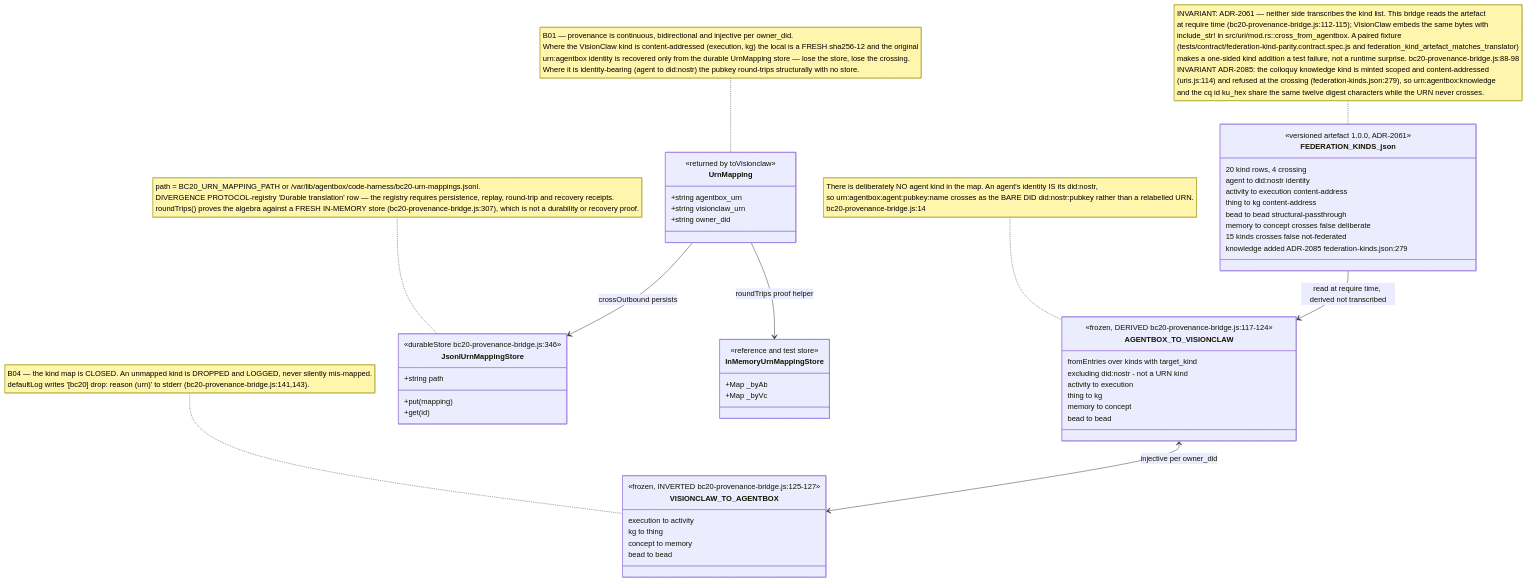
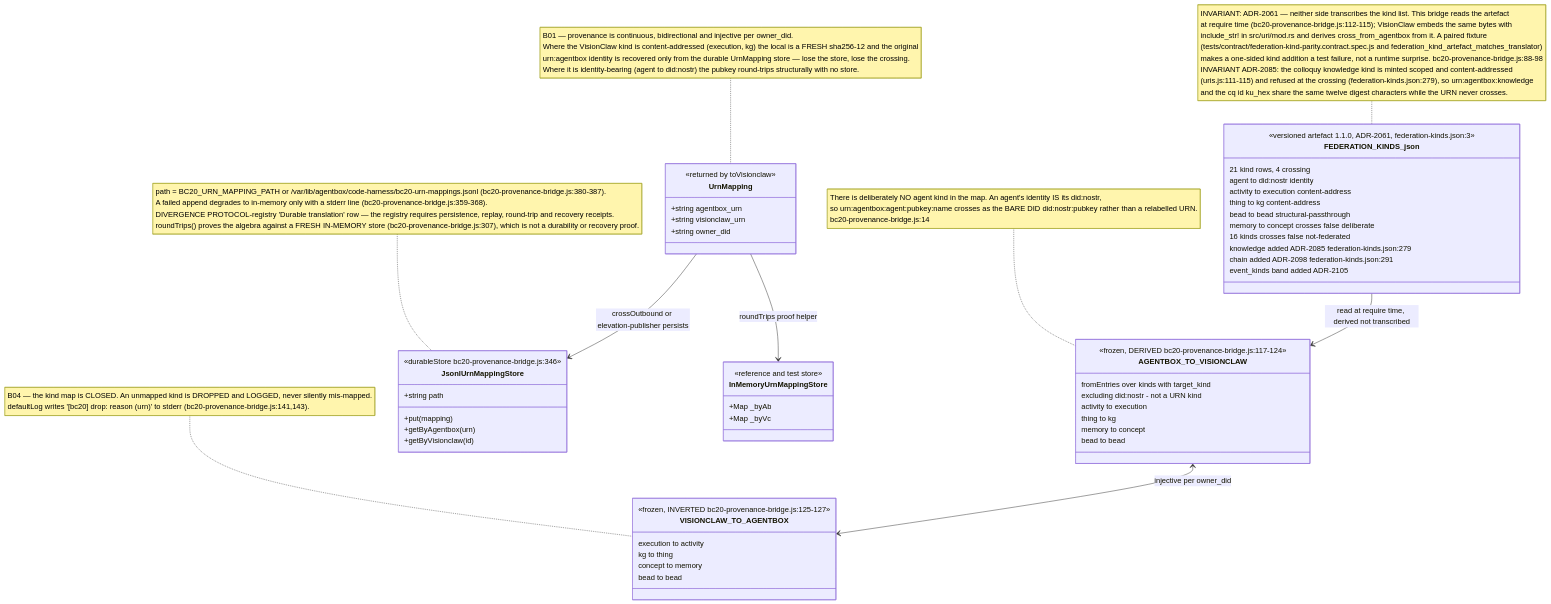
Before and after one commit to DreamLab-AI/VisionFlow: the third of 8 diagrams in docs/diagrams/agentbox/17-agent-events-and-provenance-bridge.md, drawn with Mermaid. The commit also changed other lines of this file and 173 other files, not shown here.

First line of the commit message:
docs(audit): estate audit wave 3, agentbox and VisionClaw; ledger complete

````diff
--- a/docs/diagrams/agentbox/17-agent-events-and-provenance-bridge.md
+++ b/docs/diagrams/agentbox/17-agent-events-and-provenance-bridge.md
@@ -151,56 +165,59 @@
 ```mermaid
 classDiagram
     class FEDERATION_KINDS_json {
-        <<versioned artefact 1.0.0, ADR-2061>>
-        20 kind rows, 4 crossing
+        <<versioned artefact 1.1.0, ADR-2061, federation-kinds.json:3>>
+        21 kind rows, 4 crossing
         agent to did:nostr identity
         activity to execution content-address
         thing to kg content-address
         bead to bead structural-passthrough
         memory to concept crosses false deliberate
-        15 kinds crosses false not-federated
+        16 kinds crosses false not-federated
         knowledge added ADR-2085 federation-kinds.json:279
+        chain added ADR-2098 federation-kinds.json:291
+        event_kinds band added ADR-2105
     }
     class AGENTBOX_TO_VISIONCLAW {
         <<frozen, DERIVED bc20-provenance-bridge.js:117-124>>
         fromEntries over kinds with target_kind
         excluding did:nostr - not a URN kind
         activity to execution
         thing to kg
         memory to concept
         bead to bead
     }
     class VISIONCLAW_TO_AGENTBOX {
         <<frozen, INVERTED bc20-provenance-bridge.js:125-127>>
         execution to activity
         kg to thing
         concept to memory
         bead to bead
     }
     class UrnMapping {
         <<returned by toVisionclaw>>
         +string agentbox_urn
         +string visionclaw_urn
         +string owner_did
     }
     class JsonlUrnMappingStore {
         <<durableStore bc20-provenance-bridge.js:346>>
         +string path
         +put(mapping)
-        +get(id)
+        +getByAgentbox(urn)
+        +getByVisionclaw(id)
     }
     class InMemoryUrnMappingStore {
         <<reference and test store>>
         +Map _byAb
         +Map _byVc
     }
     FEDERATION_KINDS_json --> AGENTBOX_TO_VISIONCLAW : read at require time, derived not transcribed
     AGENTBOX_TO_VISIONCLAW <--> VISIONCLAW_TO_AGENTBOX : injective per owner_did
-    UrnMapping --> JsonlUrnMappingStore : crossOutbound persists
+    UrnMapping --> JsonlUrnMappingStore : crossOutbound or elevation-publisher persists
     UrnMapping --> InMemoryUrnMappingStore : roundTrips proof helper
     note for AGENTBOX_TO_VISIONCLAW "There is deliberately NO agent kind in the map. An agent's identity IS its did:nostr,<br/>so urn:agentbox:agent:pubkey:name crosses as the BARE DID did:nostr:pubkey rather than a relabelled URN.<br/>bc20-provenance-bridge.js:14"
-    note for FEDERATION_KINDS_json "INVARIANT: ADR-2061 — neither side transcribes the kind list. This bridge reads the artefact<br/>at require time (bc20-provenance-bridge.js:112-115); VisionClaw embeds the same bytes with<br/>include_str! in src/uri/mod.rs::cross_from_agentbox. A paired fixture<br/>(tests/contract/federation-kind-parity.contract.spec.js and federation_kind_artefact_matches_translator)<br/>makes a one-sided kind addition a test failure, not a runtime surprise. bc20-provenance-bridge.js:88-98<br/>INVARIANT ADR-2085: the colloquy knowledge kind is minted scoped and content-addressed<br/>(uris.js:114) and refused at the crossing (federation-kinds.json:279), so urn:agentbox:knowledge<br/>and the cq id ku_hex share the same twelve digest characters while the URN never crosses."
+    note for FEDERATION_KINDS_json "INVARIANT: ADR-2061 — neither side transcribes the kind list. This bridge reads the artefact<br/>at require time (bc20-provenance-bridge.js:112-115); VisionClaw embeds the same bytes with<br/>include_str! in src/uri/mod.rs and derives cross_from_agentbox from it. A paired fixture<br/>(tests/contract/federation-kind-parity.contract.spec.js and federation_kind_artefact_matches_translator)<br/>makes a one-sided kind addition a test failure, not a runtime surprise. bc20-provenance-bridge.js:88-98<br/>INVARIANT ADR-2085: the colloquy knowledge kind is minted scoped and content-addressed<br/>(uris.js:111-115) and refused at the crossing (federation-kinds.json:279), so urn:agentbox:knowledge<br/>and the cq id ku_hex share the same twelve digest characters while the URN never crosses."
     note for VISIONCLAW_TO_AGENTBOX "B04 — the kind map is CLOSED. An unmapped kind is DROPPED and LOGGED, never silently mis-mapped.<br/>defaultLog writes '[bc20] drop: reason (urn)' to stderr (bc20-provenance-bridge.js:141,143)."
     note for UrnMapping "B01 — provenance is continuous, bidirectional and injective per owner_did.<br/>Where the VisionClaw kind is content-addressed (execution, kg) the local is a FRESH sha256-12 and the original<br/>urn:agentbox identity is recovered only from the durable UrnMapping store — lose the store, lose the crossing.<br/>Where it is identity-bearing (agent to did:nostr) the pubkey round-trips structurally with no store."
-    note for JsonlUrnMappingStore "path = BC20_URN_MAPPING_PATH or /var/lib/agentbox/code-harness/bc20-urn-mappings.jsonl.<br/>DIVERGENCE PROTOCOL-registry 'Durable translation' row — the registry requires persistence, replay, round-trip and recovery receipts.<br/>roundTrips() proves the algebra against a FRESH IN-MEMORY store (bc20-provenance-bridge.js:307), which is not a durability or recovery proof."
+    note for JsonlUrnMappingStore "path = BC20_URN_MAPPING_PATH or /var/lib/agentbox/code-harness/bc20-urn-mappings.jsonl (bc20-provenance-bridge.js:380-387).<br/>A failed append degrades to in-memory only with a stderr line (bc20-provenance-bridge.js:359-368).<br/>DIVERGENCE PROTOCOL-registry 'Durable translation' row — the registry requires persistence, replay, round-trip and recovery receipts.<br/>roundTrips() proves the algebra against a FRESH IN-MEMORY store (bc20-provenance-bridge.js:307), which is not a durability or recovery proof."
 ```
````
